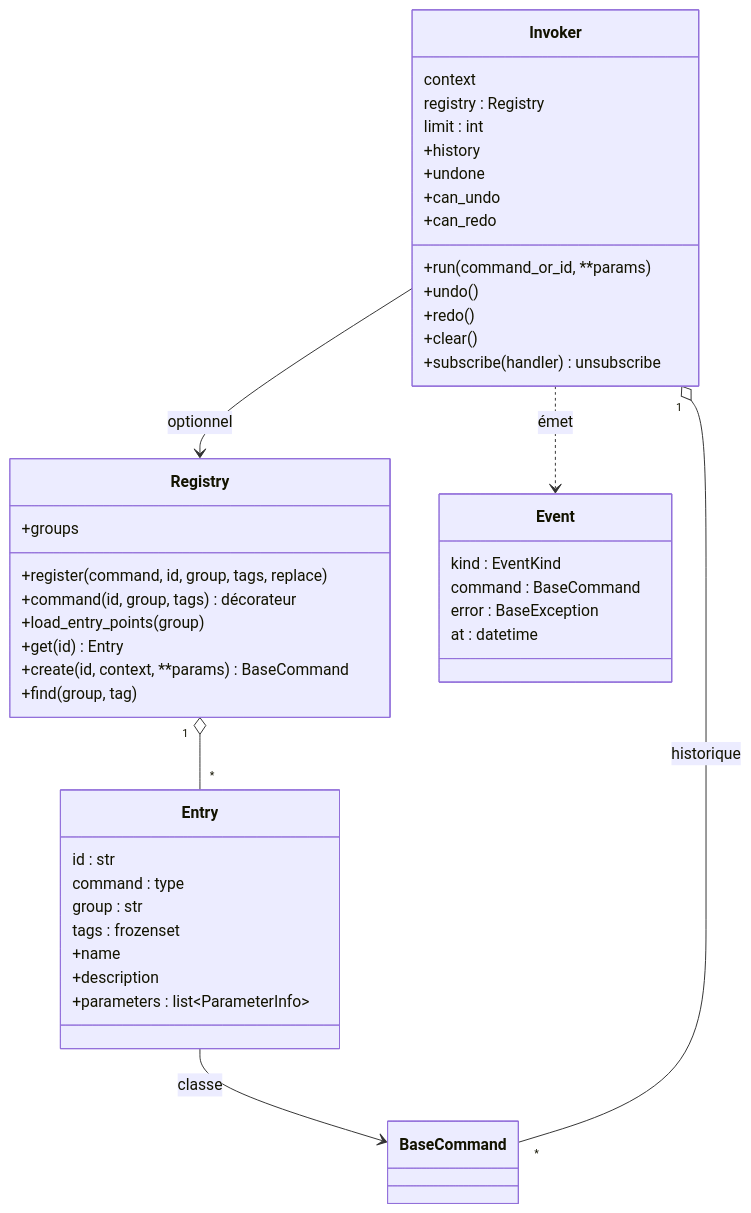
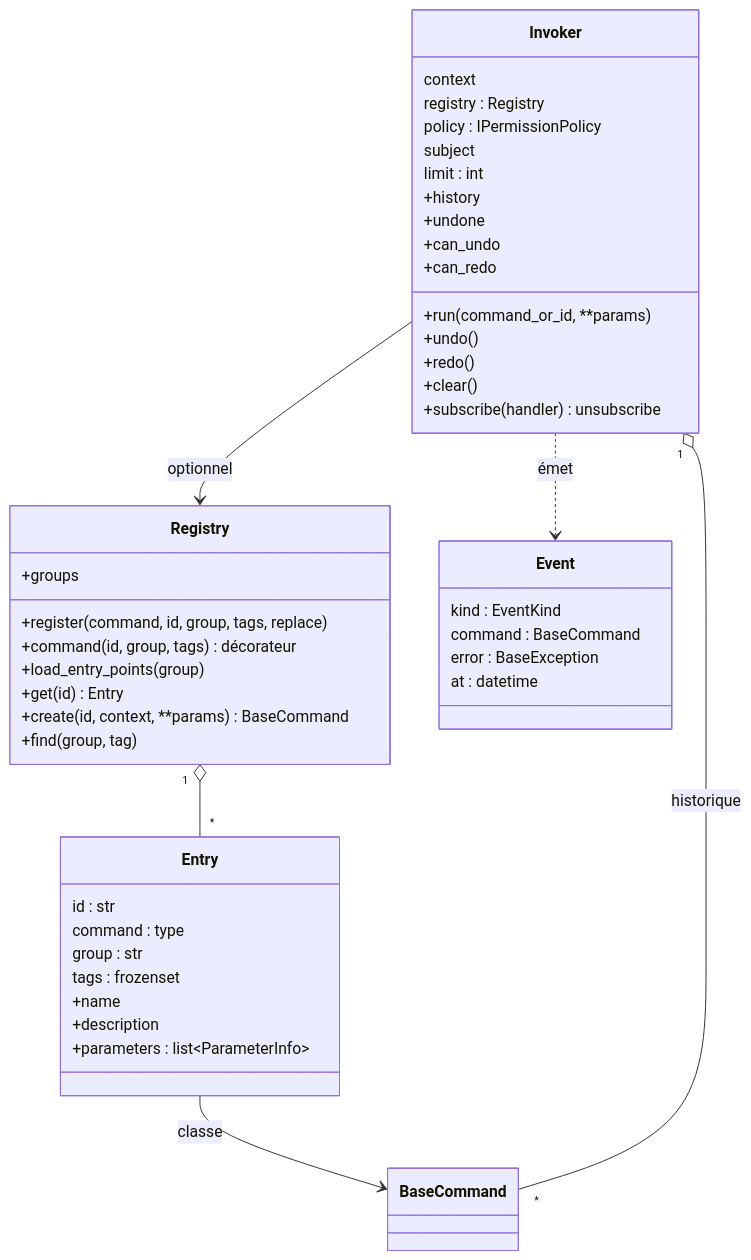
One commit to michaellaunay/komandaro changed the fifth of 9 diagrams in docs/fr/architecture.md. Above: the diagram before and after it, drawn with Mermaid. The commit also changed other lines of this file and 36 other files, not shown here.

````diff
--- a/docs/fr/architecture.md
+++ b/docs/fr/architecture.md
@@ -293,46 +305,48 @@
 ```mermaid
 classDiagram
     class Registry {
         +register(command, id, group, tags, replace)
         +command(id, group, tags) décorateur
         +load_entry_points(group)
         +get(id) Entry
         +create(id, context, **params) BaseCommand
         +groups
         +find(group, tag)
     }
     class Entry {
         id : str
         command : type
         group : str
         tags : frozenset
         +name
         +description
         +parameters : list~ParameterInfo~
     }
     class Invoker {
         context
         registry : Registry
+        policy : IPermissionPolicy
+        subject
         limit : int
         +run(command_or_id, **params)
         +undo()
         +redo()
         +clear()
         +subscribe(handler) unsubscribe
         +history
         +undone
         +can_undo
         +can_redo
     }
     class Event {
         kind : EventKind
         command : BaseCommand
         error : BaseException
         at : datetime
     }
     Registry "1" o-- "*" Entry
     Entry --> BaseCommand : classe
     Invoker --> Registry : optionnel
     Invoker "1" o-- "*" BaseCommand : historique
     Invoker ..> Event : émet
 ```
````
